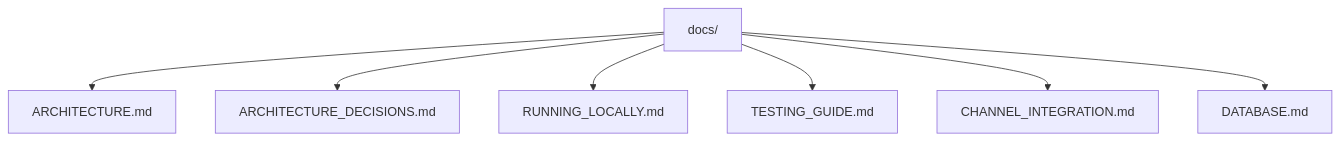
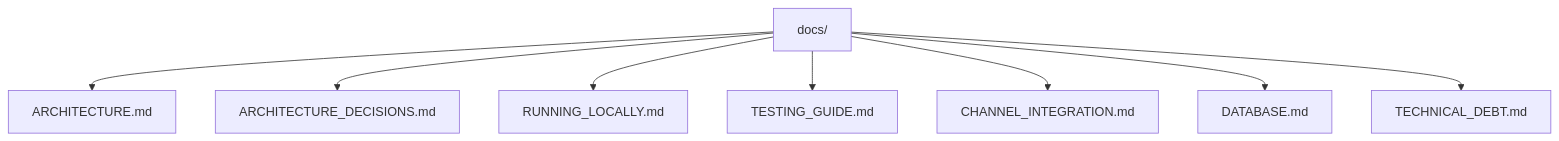
Before and after one commit to CiceroDeveloper01/rag-platform: the diagram in docs/README.md, drawn with Mermaid. The commit also changed other lines of this file and 191 other files, not shown here.

Commit message:
refactor: consolidate monorepo architecture, async documents flow and platform structure

````diff
--- a/docs/README.md
+++ b/docs/README.md
@@ -14,9 +17,10 @@
 ```mermaid
 flowchart TD
     Docs[docs/] --> Architecture[ARCHITECTURE.md]
     Docs --> Decisions[ARCHITECTURE_DECISIONS.md]
-    Docs --> Running[RUNNING_LOCALLY.md]
+    Docs --> Local[RUNNING_LOCALLY.md]
     Docs --> Testing[TESTING_GUIDE.md]
     Docs --> Channels[CHANNEL_INTEGRATION.md]
     Docs --> Database[DATABASE.md]
+    Docs --> Debt[TECHNICAL_DEBT.md]
 ```
````
